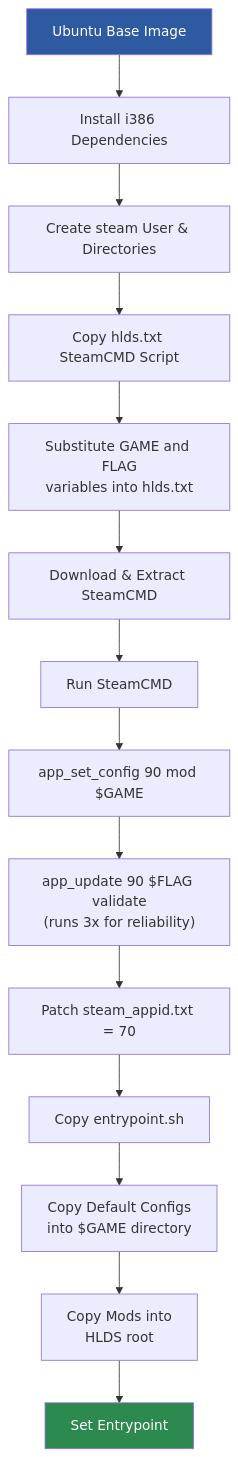
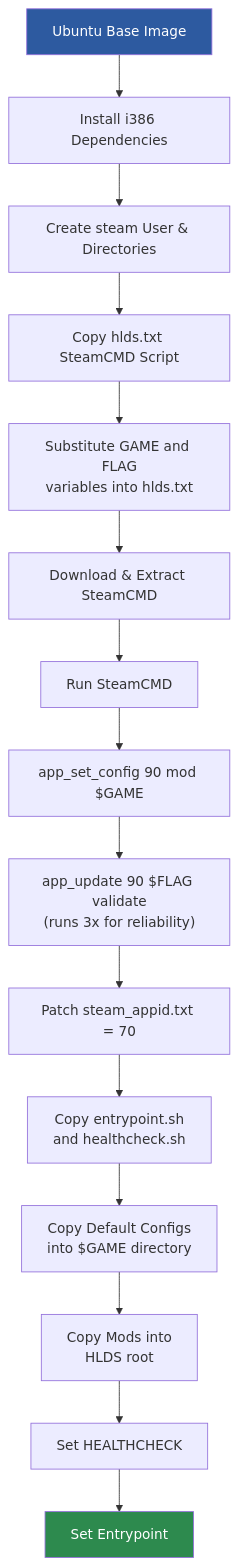
The second of 13 diagrams in ARCHITECTURE.md (JamesIves/hlds-docker), drawn with Mermaid before and after one commit. The commit also changed other lines of this file and 13 other files, not shown here.

````diff
--- a/ARCHITECTURE.md
+++ b/ARCHITECTURE.md
@@ -41,19 +41,20 @@
 ```mermaid
 flowchart TD
     A[Ubuntu Base Image] --> B[Install i386 Dependencies]
     B --> C[Create steam User & Directories]
     C --> D[Copy hlds.txt SteamCMD Script]
     D --> E[Substitute GAME and FLAG<br>variables into hlds.txt]
     E --> F[Download & Extract SteamCMD]
     F --> G[Run SteamCMD]
     G --> H["app_set_config 90 mod $GAME"]
     H --> I["app_update 90 $FLAG validate<br>(runs 3x for reliability)"]
     I --> J[Patch steam_appid.txt = 70]
-    J --> K[Copy entrypoint.sh]
+    J --> K[Copy entrypoint.sh<br>and healthcheck.sh]
     K --> L[Copy Default Configs<br>into $GAME directory]
     L --> M[Copy Mods into<br>HLDS root]
-    M --> N[Set Entrypoint]
+    M --> HC[Set HEALTHCHECK]
+    HC --> N[Set Entrypoint]
 
     style A fill:#2d5aa0,color:#fff
     style N fill:#2d8a4e,color:#fff
 ```
````
